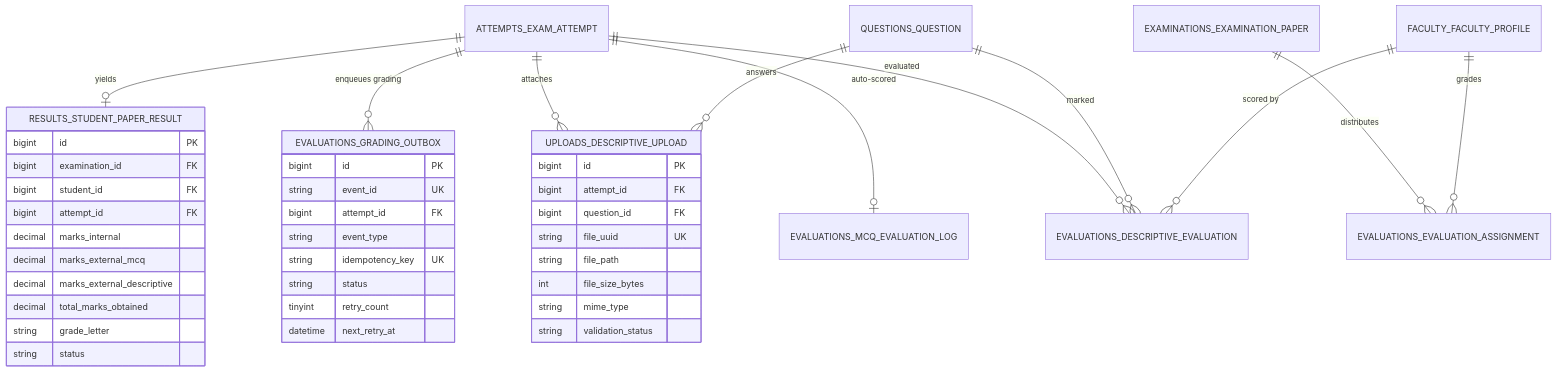
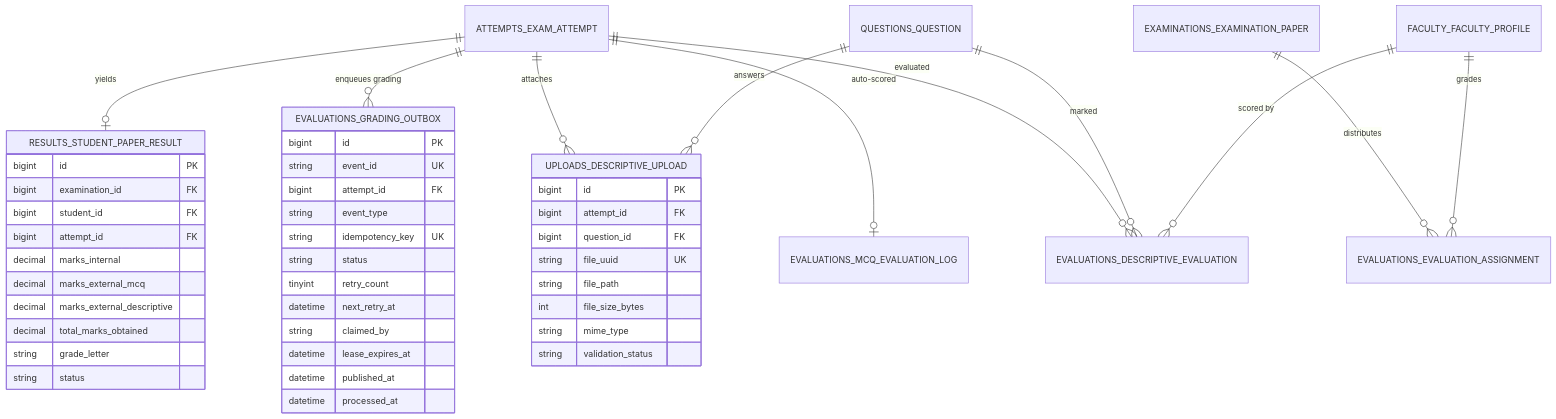
The fifth of 7 diagrams in docs/database-architecture.md (USER-00001-IND/college-online-examination-system), drawn with Mermaid before and after one commit. The commit also changed other lines of this file and 1 other file, not shown here.

````diff
--- a/docs/database-architecture.md
+++ b/docs/database-architecture.md
@@ -1686,49 +1785,53 @@
 ```mermaid
 erDiagram
     ATTEMPTS_EXAM_ATTEMPT ||--o{ UPLOADS_DESCRIPTIVE_UPLOAD : "attaches"
     QUESTIONS_QUESTION ||--o{ UPLOADS_DESCRIPTIVE_UPLOAD : "answers"
 
     EXAMINATIONS_EXAMINATION_PAPER ||--o{ EVALUATIONS_EVALUATION_ASSIGNMENT : "distributes"
     FACULTY_FACULTY_PROFILE ||--o{ EVALUATIONS_EVALUATION_ASSIGNMENT : "grades"
 
     ATTEMPTS_EXAM_ATTEMPT ||--o{ EVALUATIONS_DESCRIPTIVE_EVALUATION : "evaluated"
     QUESTIONS_QUESTION ||--o{ EVALUATIONS_DESCRIPTIVE_EVALUATION : "marked"
     FACULTY_FACULTY_PROFILE ||--o{ EVALUATIONS_DESCRIPTIVE_EVALUATION : "scored by"
 
     ATTEMPTS_EXAM_ATTEMPT ||--o| EVALUATIONS_MCQ_EVALUATION_LOG : "auto-scored"
     ATTEMPTS_EXAM_ATTEMPT ||--o{ EVALUATIONS_GRADING_OUTBOX : "enqueues grading"
     ATTEMPTS_EXAM_ATTEMPT ||--o| RESULTS_STUDENT_PAPER_RESULT : "yields"
 
     UPLOADS_DESCRIPTIVE_UPLOAD {
         bigint id PK
         bigint attempt_id FK
         bigint question_id FK
         string file_uuid UK
         string file_path
         int file_size_bytes
         string mime_type
         string validation_status
     }
     EVALUATIONS_GRADING_OUTBOX {
         bigint id PK
         string event_id UK
         bigint attempt_id FK
         string event_type
         string idempotency_key UK
         string status
         tinyint retry_count
         datetime next_retry_at
+        string claimed_by
+        datetime lease_expires_at
+        datetime published_at
+        datetime processed_at
     }
     RESULTS_STUDENT_PAPER_RESULT {
         bigint id PK
         bigint examination_id FK
         bigint student_id FK
         bigint attempt_id FK
         decimal marks_internal
         decimal marks_external_mcq
         decimal marks_external_descriptive
         decimal total_marks_obtained
         string grade_letter
         string status
     }
 ```
````
